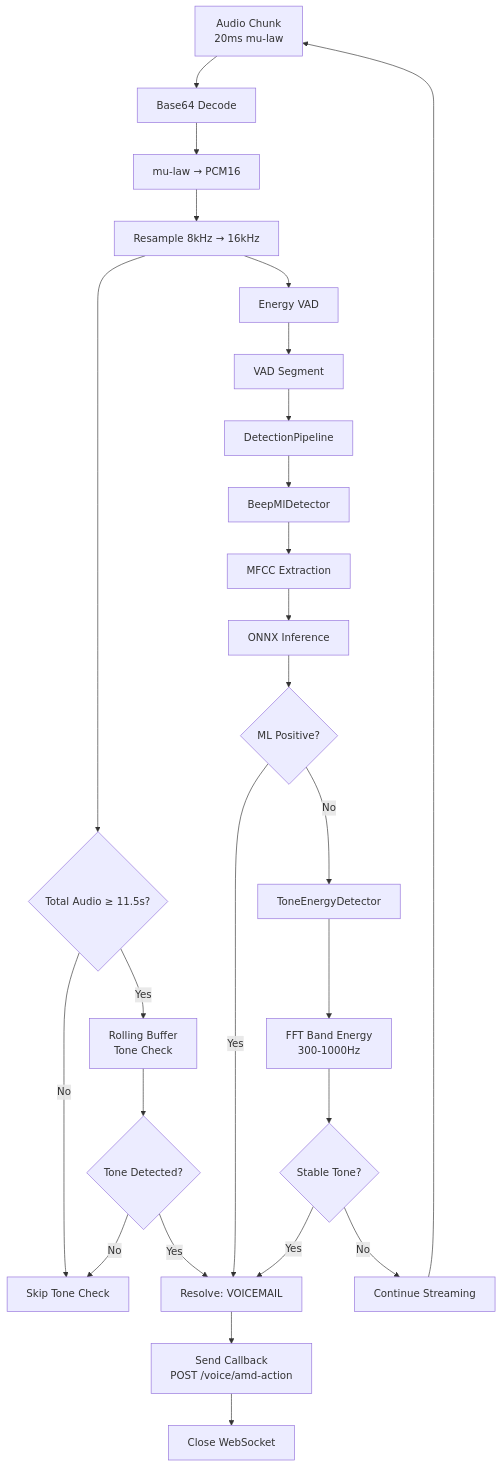
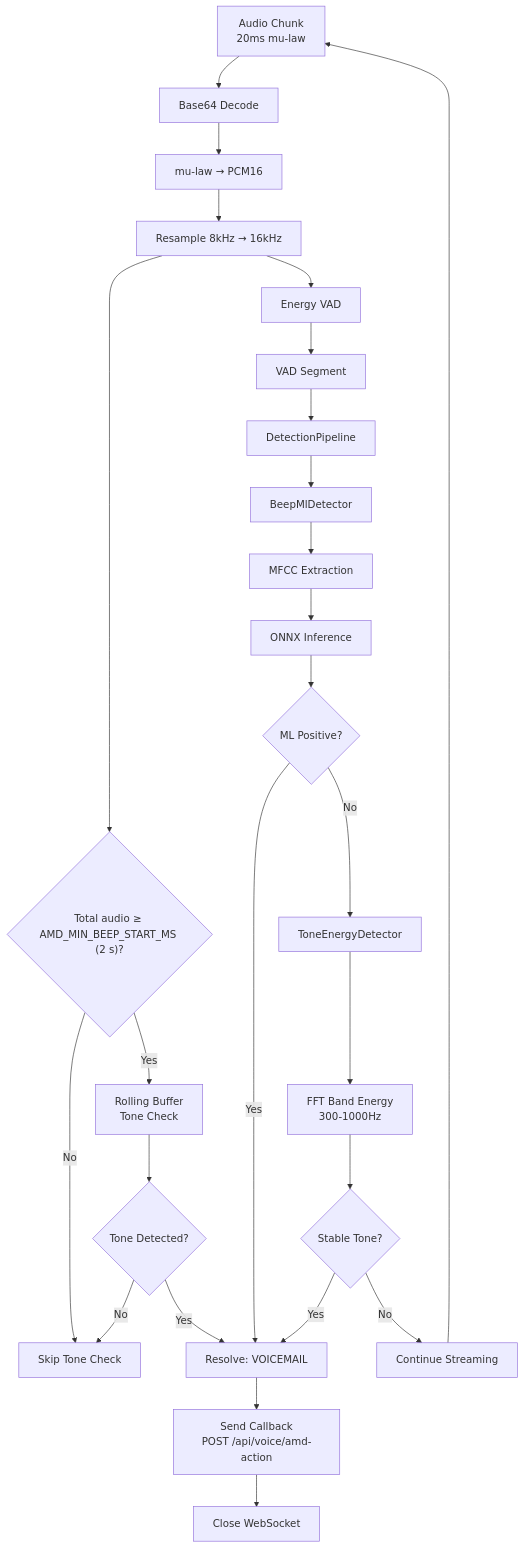
Before and after one commit to greenfieldtech-nirs/opbx: the second of 3 diagrams in amd-worker/README.md, drawn with Mermaid. The commit also changed other lines of this file and 9 other files, not shown here.

````diff
--- a/amd-worker/README.md
+++ b/amd-worker/README.md
@@ -243,28 +255,28 @@
 ```mermaid
 flowchart TD
     A[Audio Chunk<br/>20ms mu-law] --> B[Base64 Decode]
     B --> C[mu-law → PCM16]
     C --> D[Resample 8kHz → 16kHz]
-    D --> E{Total Audio ≥ 11.5s?}
+    D --> E{"Total audio ≥ AMD_MIN_BEEP_START_MS (2 s)?"}
     E -->|Yes| F[Rolling Buffer<br/>Tone Check]
     E -->|No| G[Skip Tone Check]
     F --> H{Tone Detected?}
     H -->|Yes| I[Resolve: VOICEMAIL]
     H -->|No| G
     D --> J[Energy VAD]
     J --> K[VAD Segment]
     K --> L[DetectionPipeline]
     L --> M[BeepMlDetector]
     M --> N[MFCC Extraction]
     N --> O[ONNX Inference]
     O --> P{ML Positive?}
     P -->|Yes| I
     P -->|No| Q[ToneEnergyDetector]
     Q --> R[FFT Band Energy<br/>300-1000Hz]
     R --> S{Stable Tone?}
     S -->|Yes| I
     S -->|No| T[Continue Streaming]
-    I --> U[Send Callback<br/>POST /voice/amd-action]
+    I --> U[Send Callback<br/>POST /api/voice/amd-action]
     U --> V[Close WebSocket]
     T --> A
 ```
````
